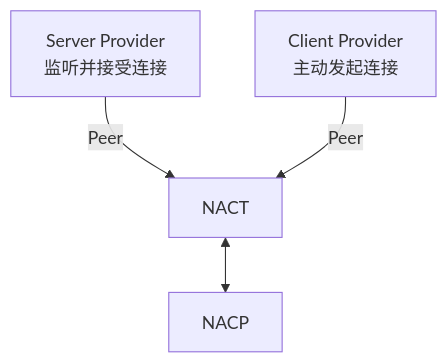
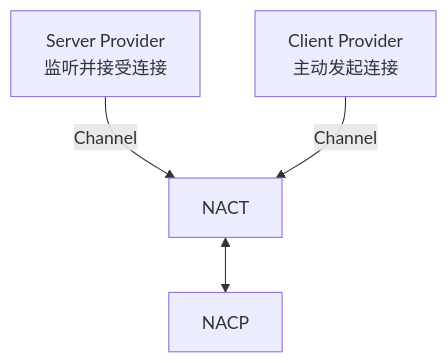
The first of 2 diagrams in docs/transport/nact/transport.md (ChenYFan/NASDK), drawn with Mermaid before and after one commit. The commit also changed other lines of this file and 88 other files, not shown here.

````diff
--- a/docs/transport/nact/transport.md
+++ b/docs/transport/nact/transport.md
@@ -11,6 +11,6 @@
 ```mermaid
 flowchart TD
-    S[Server Provider<br/>监听并接受连接] -->|Peer| T[NACT]
-    C[Client Provider<br/>主动发起连接] -->|Peer| T
+    S[Server Provider<br/>监听并接受连接] -->|Channel| T[NACT]
+    C[Client Provider<br/>主动发起连接] -->|Channel| T
     T <--> P[NACP]
 ```
````
